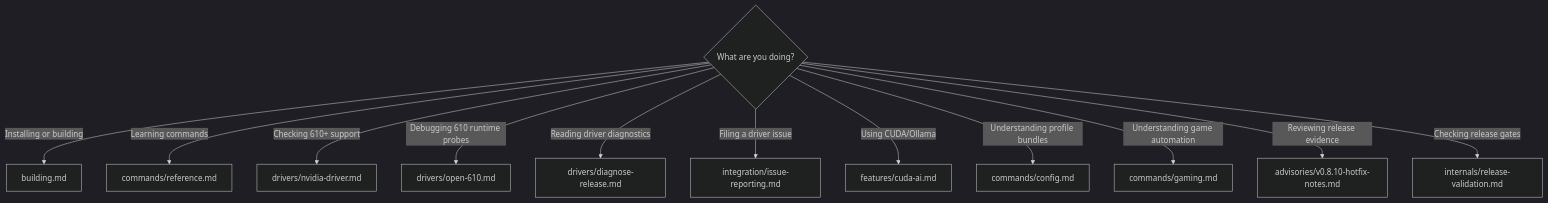
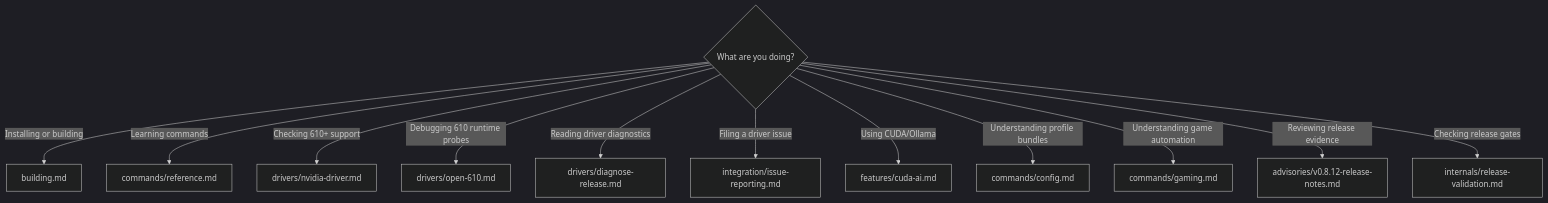
The third of 3 diagrams in docs/README.md (GhostKellz/nvcontrol), drawn with Mermaid (dark theme) before and after one commit. The commit also changed other lines of this file and 66 other files, not shown here.

````diff
--- a/docs/README.md
+++ b/docs/README.md
@@ -86,15 +86,15 @@
 ```mermaid
 flowchart TD
     task{"What are you doing?"}
     task -->|"Installing or building"| build["building.md"]
     task -->|"Learning commands"| commands["commands/reference.md"]
     task -->|"Checking 610+ support"| matrix["drivers/nvidia-driver.md"]
     task -->|"Debugging 610 runtime probes"| open610["drivers/open-610.md"]
     task -->|"Reading driver diagnostics"| diag["drivers/diagnose-release.md"]
     task -->|"Filing a driver issue"| issue["integration/issue-reporting.md"]
     task -->|"Using CUDA/Ollama"| cuda["features/cuda-ai.md"]
     task -->|"Understanding profile bundles"| config["commands/config.md"]
     task -->|"Understanding game automation"| gaming["commands/gaming.md"]
-    task -->|"Reviewing release evidence"| upgrades["advisories/v0.8.10-hotfix-notes.md"]
+    task -->|"Reviewing release evidence"| upgrades["advisories/v0.8.12-release-notes.md"]
     task -->|"Checking release gates"| release["internals/release-validation.md"]
 ```
````
